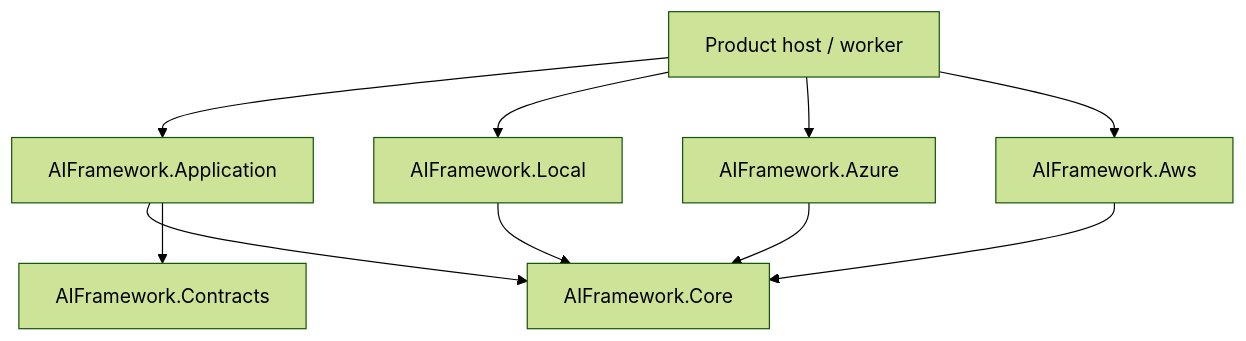
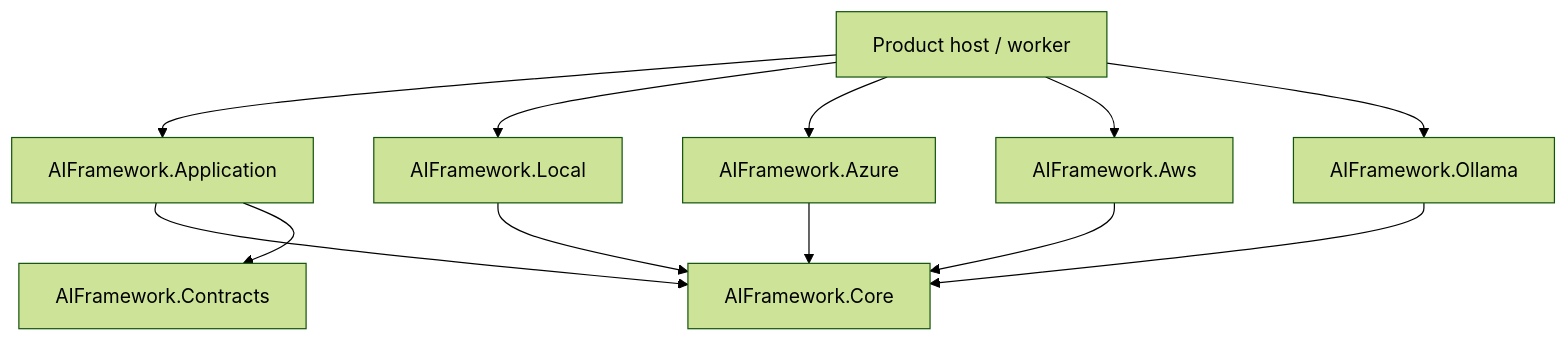
Before and after one commit to BlinHoxha/AI-Framework: the diagram in docs/ARCHITECTURE.md, drawn with Mermaid (forest theme). The commit also changed other lines of this file and 11 other files, not shown here.

````diff
--- a/docs/ARCHITECTURE.md
+++ b/docs/ARCHITECTURE.md
@@ -5,12 +5,14 @@
 ```mermaid
 flowchart TD
     Host[Product host / worker] --> Application[AIFramework.Application]
     Host --> Local[AIFramework.Local]
     Host --> Azure[AIFramework.Azure]
     Host --> Aws[AIFramework.Aws]
+    Host --> Ollama[AIFramework.Ollama]
     Application --> Core[AIFramework.Core]
     Application --> Contracts[AIFramework.Contracts]
     Local --> Core
     Azure --> Core
     Aws --> Core
+    Ollama --> Core
 ```
````
